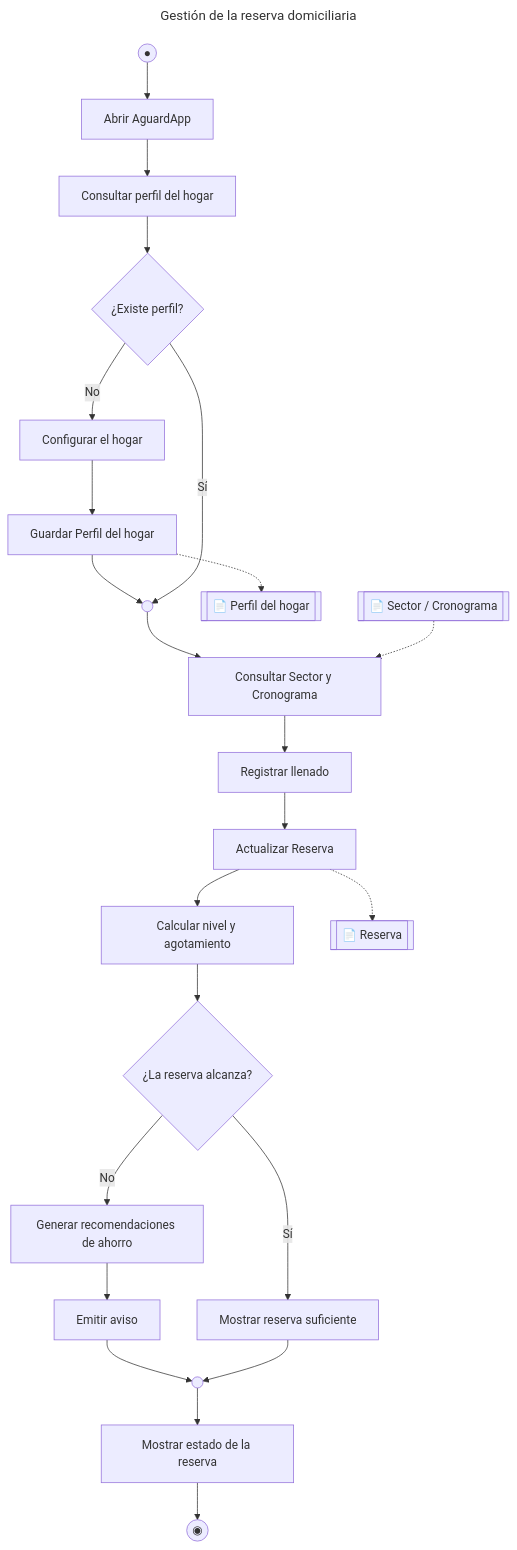
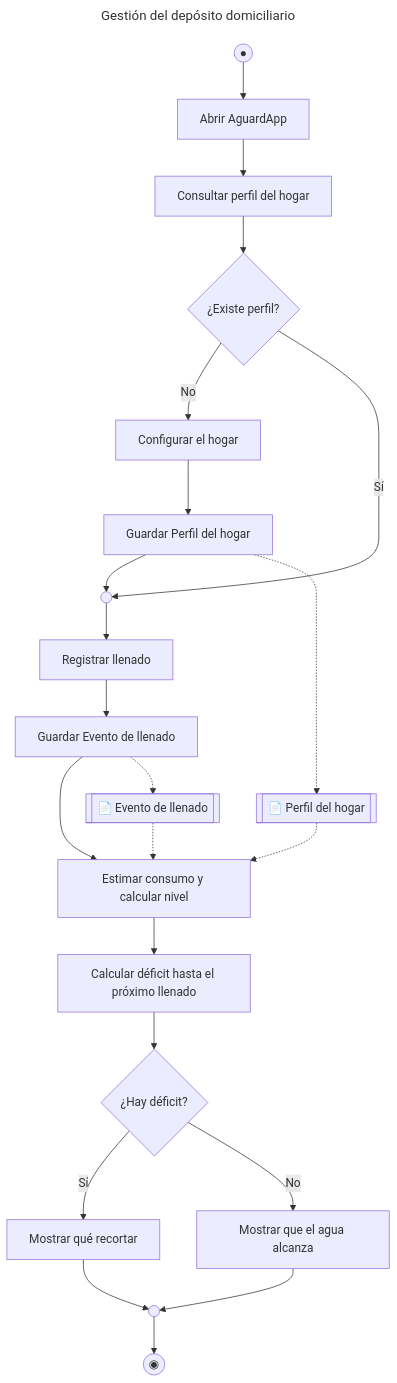
The seventh of 9 diagrams in informes/FD03-SRS.md (IkerASierraR/AguardApp), drawn with Mermaid before and after one commit. The commit also changed other lines of this file and 2 other files, not shown here.

````diff
--- a/informes/FD03-SRS.md
+++ b/informes/FD03-SRS.md
@@ -499,32 +363,30 @@
 ```mermaid
 ---
-title: Gestión de la reserva domiciliaria
+title: Gestión del depósito domiciliario
 ---
 flowchart TD
     S((●)) --> A1["Abrir AguardApp"]
     A1 --> A2["Consultar perfil del hogar"]
     A2 --> D1{"¿Existe perfil?"}
     D1 -- No --> A3["Configurar el hogar"]
     A3 --> A4["Guardar Perfil del hogar"]
     A4 --> M1(( ))
     D1 -- Sí --> M1
-    M1 --> A5["Consultar Sector y Cronograma"]
-    A5 --> A6["Registrar llenado"]
-    A6 --> A7["Actualizar Reserva"]
-    A7 --> A8["Calcular nivel y agotamiento"]
-    A8 --> D2{"¿La reserva alcanza?"}
-    D2 -- No --> A9["Generar recomendaciones de ahorro"]
-    A9 --> A10["Emitir aviso"]
-    D2 -- Sí --> A11["Mostrar reserva suficiente"]
-    A10 --> M2(( ))
-    A11 --> M2
-    M2 --> A12["Mostrar estado de la reserva"]
-    A12 --> E((◉))
+    M1 --> A5["Registrar llenado"]
+    A5 --> A6["Guardar Evento de llenado"]
+    A6 --> A7["Estimar consumo y calcular nivel"]
+    A7 --> A8["Calcular déficit hasta el próximo llenado"]
+    A8 --> D2{"¿Hay déficit?"}
+    D2 -- Sí --> A9["Mostrar qué recortar"]
+    D2 -- No --> A10["Mostrar que el agua alcanza"]
+    A9 --> M2(( ))
+    A10 --> M2
+    M2 --> E((◉))
 
     OPH[["📄 Perfil del hogar"]]
-    OSC[["📄 Sector / Cronograma"]]
-    ORE[["📄 Reserva"]]
+    OLL[["📄 Evento de llenado"]]
     A4 -.-> OPH
-    OSC -.-> A5
-    A7 -.-> ORE
+    A6 -.-> OLL
+    OPH -.-> A7
+    OLL -.-> A7
 ```
````
